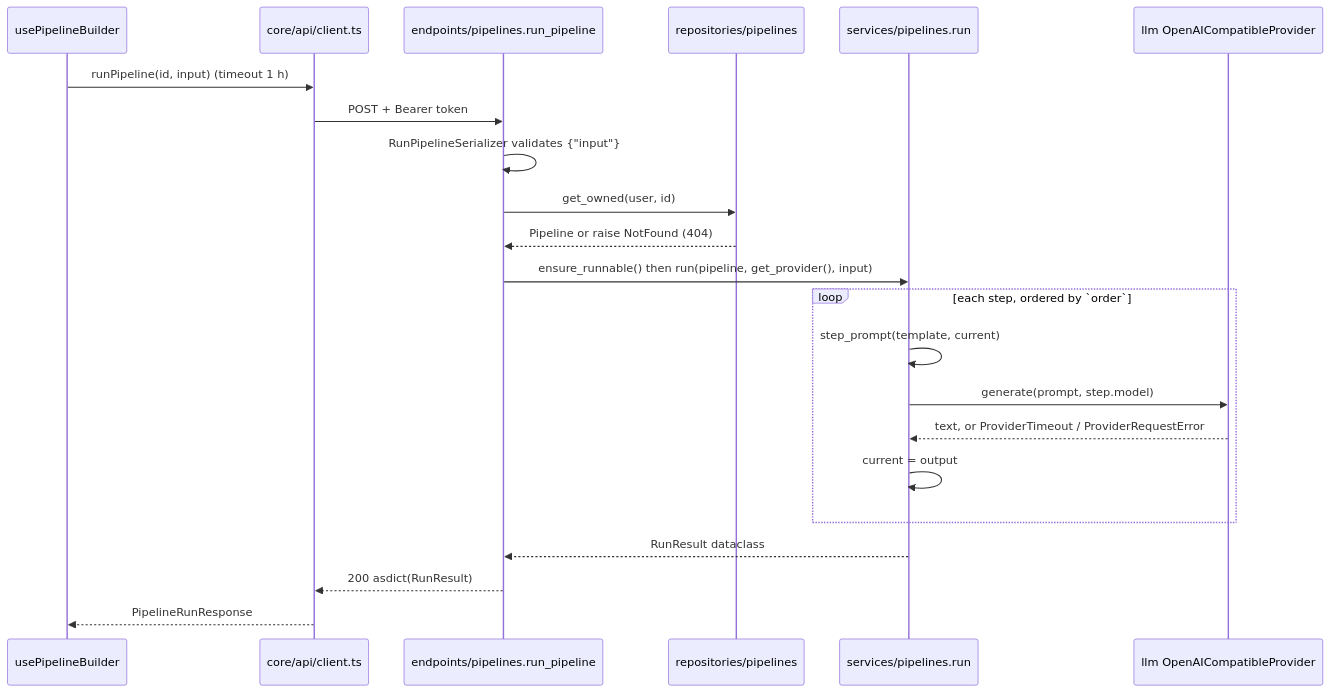
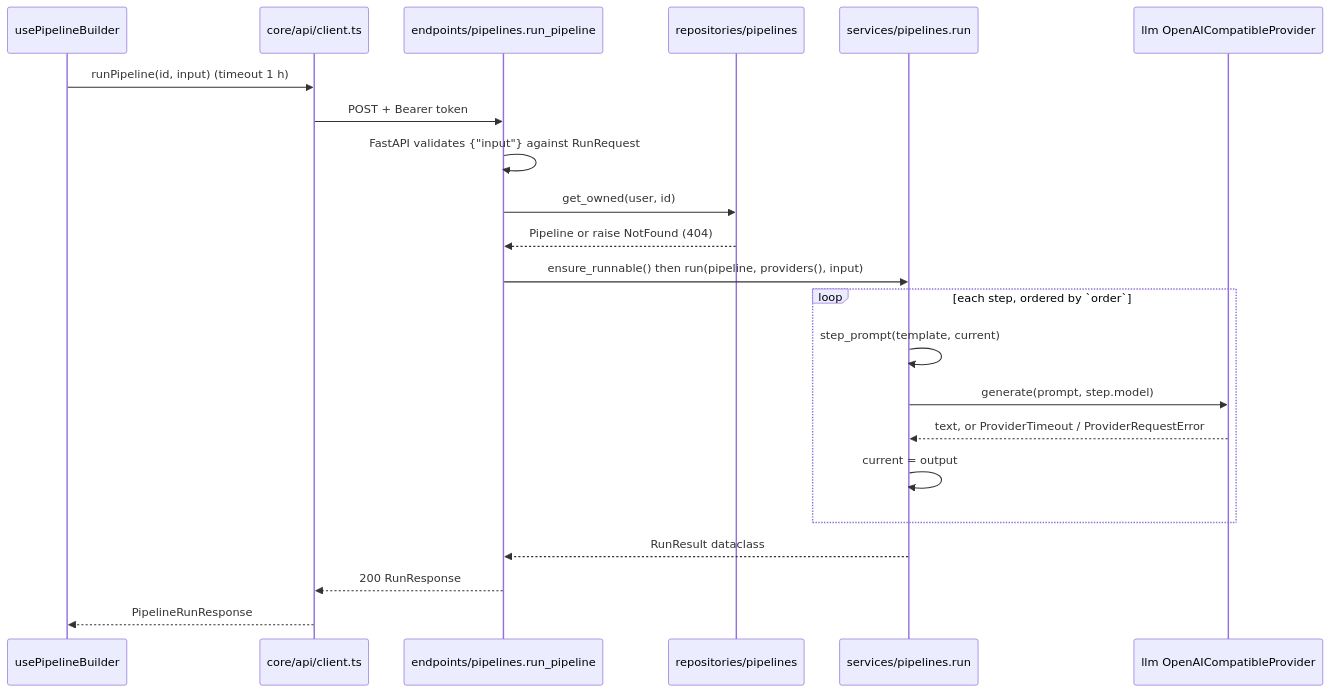
Before and after one commit to Fezzaioussama/AIMIx: the fourth of 4 diagrams in docs/architecture.md, drawn with Mermaid. The commit also changed other lines of this file and 87 other files, not shown here.

````diff
--- a/docs/architecture.md
+++ b/docs/architecture.md
@@ -66,24 +71,24 @@
 ```mermaid
 sequenceDiagram
     participant UI as usePipelineBuilder
     participant C as core/api/client.ts
     participant E as endpoints/pipelines.run_pipeline
     participant R as repositories/pipelines
     participant S as services/pipelines.run
     participant P as llm OpenAICompatibleProvider
     UI->>C: runPipeline(id, input) (timeout 1 h)
     C->>E: POST + Bearer token
-    E->>E: RunPipelineSerializer validates {"input"}
+    E->>E: FastAPI validates {"input"} against RunRequest
     E->>R: get_owned(user, id)
     R-->>E: Pipeline or raise NotFound (404)
-    E->>S: ensure_runnable() then run(pipeline, get_provider(), input)
+    E->>S: ensure_runnable() then run(pipeline, providers(), input)
     loop each step, ordered by `order`
         S->>S: step_prompt(template, current)
         S->>P: generate(prompt, step.model)
         P-->>S: text, or ProviderTimeout / ProviderRequestError
         S->>S: current = output
     end
     S-->>E: RunResult dataclass
-    E-->>C: 200 asdict(RunResult)
+    E-->>C: 200 RunResponse
     C-->>UI: PipelineRunResponse
 ```
````
